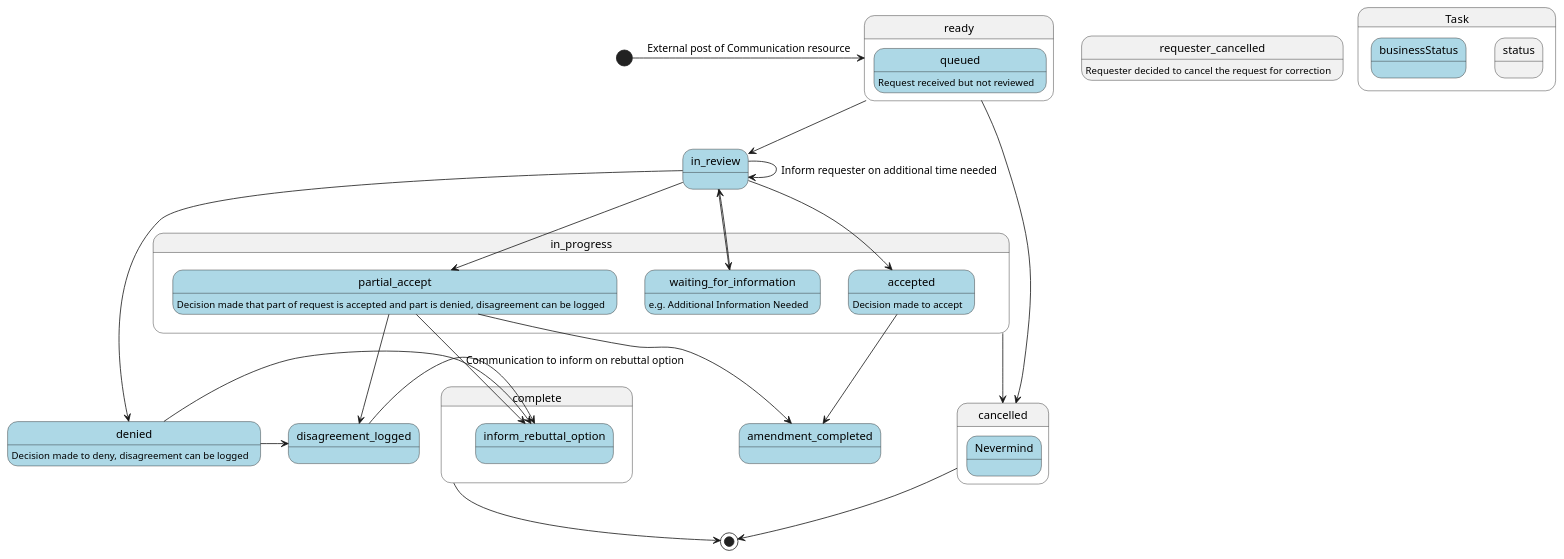
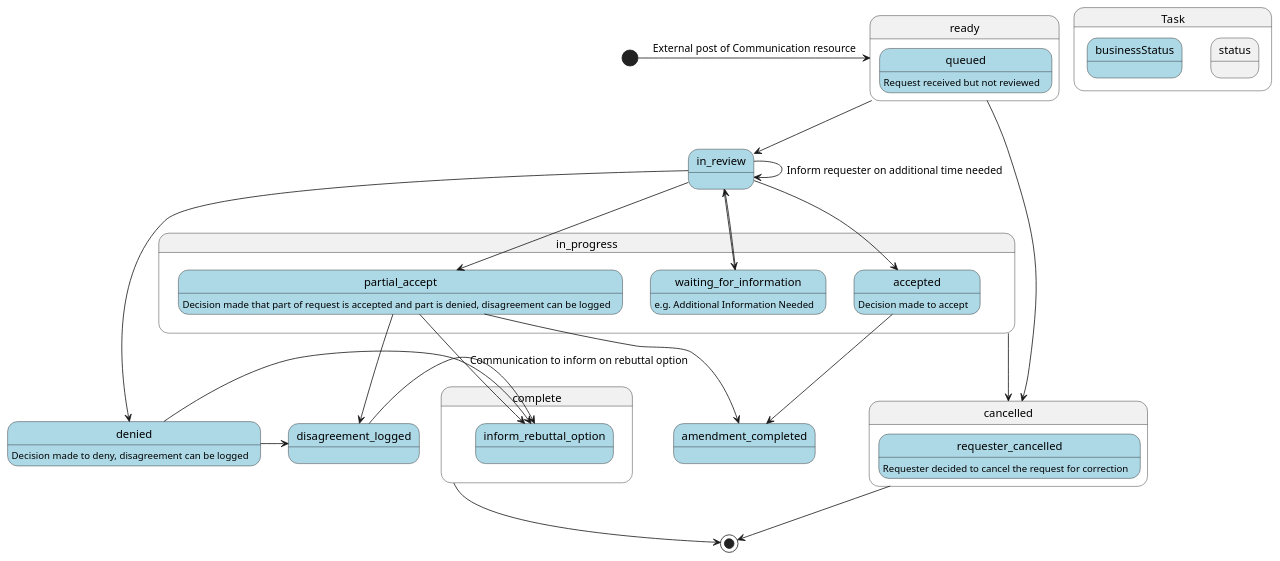
The diagram in input/images-source/state-diagram.plantuml (HL7/fhir-patient-correction), drawn with PlantUML before and after one commit. The commit also changed 10 other files, not shown here.

```diff
--- a/input/images-source/state-diagram.plantuml
+++ b/input/images-source/state-diagram.plantuml
@@ -1,64 +1,64 @@
 @startuml
 skinparam svgDimensionStyle false
 [*] -> ready : External post of Communication resource
 state ready {
   state queued #lightblue {
   }
 }
 ready --> in_review
 queued : Request received but not reviewed
 
 state in_progress {
   state in_review #lightblue{
   }
   state waiting_for_information #lightblue{
   }
   state accepted #lightblue{
   }
   state partial_accept #lightblue{
   }
 }
 in_review --> waiting_for_information
 in_review --> accepted
 in_review --> partial_accept
 in_review --> in_review: Inform requester on additional time needed
 waiting_for_information --> in_review
 in_review --> denied
 partial_accept --> amendment_completed
 partial_accept --> disagreement_logged
 accepted --> amendment_completed
 denied -> disagreement_logged
 waiting_for_information : e.g. Additional Information Needed
 accepted : Decision made to accept
 partial_accept : Decision made that part of request is accepted and part is denied, disagreement can be logged
 denied : Decision made to deny, disagreement can be logged
 
 state cancelled {
-  state Nevermind #lightblue {
+  state requester_cancelled #lightblue {
   }
 }
 cancelled --> [*]
 ready --> cancelled
 in_progress --> cancelled
 requester_cancelled : Requester decided to cancel the request for correction
 
 state complete {
  state amendment_completed #lightblue{
  }
  state disagreement_logged #lightblue{
  }
  state denied #lightblue{
  }
  state inform_rebuttal_option #lightblue{
  }
 }
 disagreement_logged -> inform_rebuttal_option
 denied -> inform_rebuttal_option
 partial_accept -> inform_rebuttal_option: Communication to inform on rebuttal option
 complete --> [*]
 
 state Task.status{
 }
 state Task.businessStatus #lightblue {
 }
 @enduml
```
